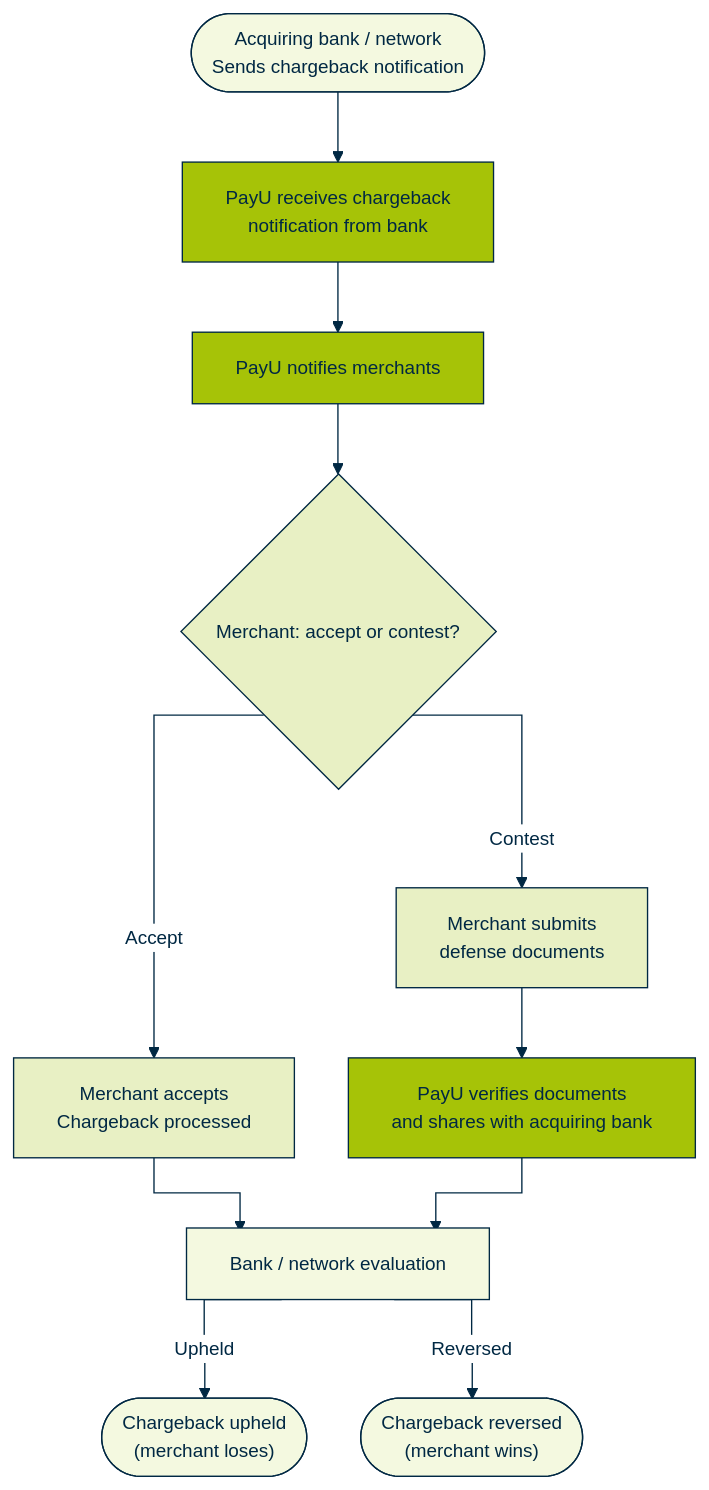
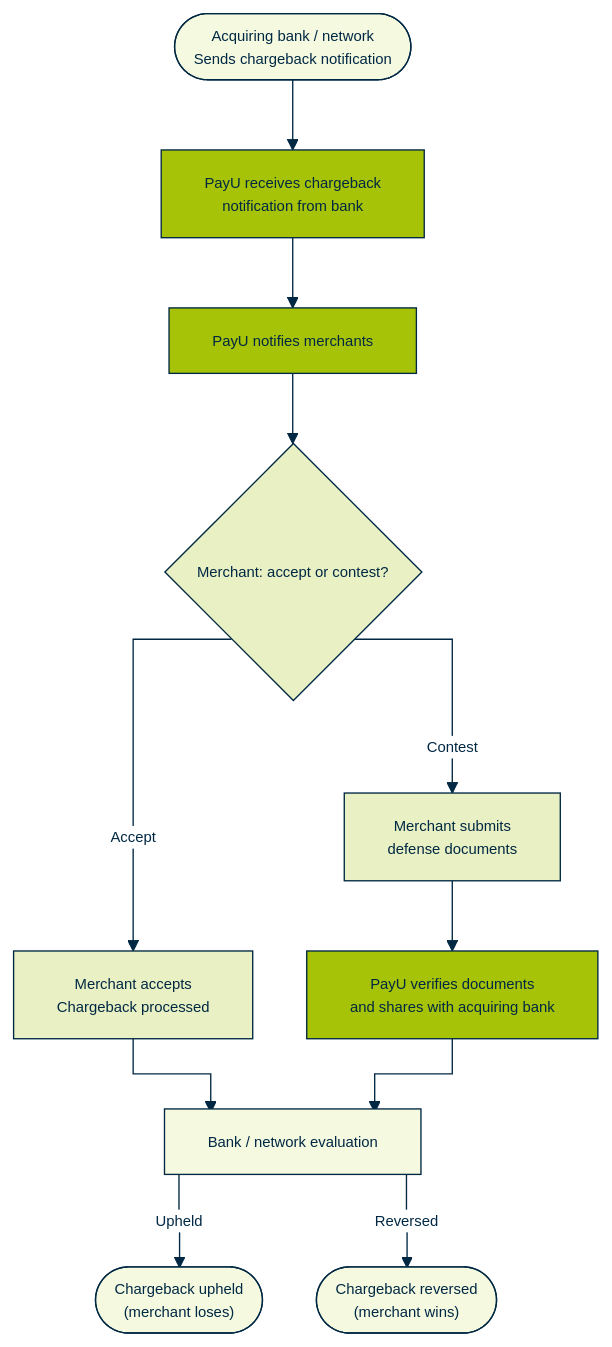
The diagram in docs/Offerings/chargeback/chargeback-process.md (payu-india/CMS-Chatbot), drawn with Mermaid before and after one commit.

Commit message:
Update doc `chargeback-process`

````diff
--- a/docs/Offerings/chargeback/chargeback-process.md
+++ b/docs/Offerings/chargeback/chargeback-process.md
@@ -10,59 +10,59 @@
 ```mermaid
 %%{init: {
   "theme": "base",
   "flowchart": {
     "curve": "stepAfter",
     "padding": 16,
     "nodeSpacing": 40,
     "rankSpacing": 52,
     "diagramPadding": 16,
     "htmlLabels": true,
     "useMaxWidth": false
   },
   "themeVariables": {
     "fontFamily": "Arial, Helvetica, sans-serif",
-    "fontSize": "14px",
+    "fontSize": "11px",
     "background": "#FFFFFF",
     "primaryColor": "#A6C307",
     "primaryTextColor": "#002843",
     "primaryBorderColor": "#002843",
     "secondaryColor": "#F4F9E0",
     "secondaryTextColor": "#002843",
     "secondaryBorderColor": "#A6C307",
     "tertiaryColor": "#002843",
     "tertiaryTextColor": "#FFFFFF",
     "lineColor": "#002843",
     "textColor": "#002843",
     "mainBkg": "#A6C307",
     "clusterBkg": "#FAFCF4",
     "clusterBorder": "#D8E8A8",
     "edgeLabelBackground": "#FFFFFF"
   }
 }}%%
 flowchart TB
-    classDef bank fill:#F4F9E0,stroke:#002843,stroke-width:1px,color:#002843,font-size:14px
-    classDef payu fill:#A6C307,stroke:#002843,stroke-width:1px,color:#002843,font-size:14px
-    classDef merch fill:#E8F0C4,stroke:#002843,stroke-width:1px,color:#002843,font-size:14px
+    classDef bank fill:#F4F9E0,stroke:#002843,stroke-width:1px,color:#002843,font-size:11px
+    classDef payu fill:#A6C307,stroke:#002843,stroke-width:1px,color:#002843,font-size:11px
+    classDef merch fill:#E8F0C4,stroke:#002843,stroke-width:1px,color:#002843,font-size:11px
 
     b_send(["Acquiring bank / network<br/>Sends chargeback notification"]):::bank
     p_recv["PayU receives chargeback<br/>notification from bank"]:::payu
     p_notify["PayU notifies merchants"]:::payu
     m_decide{"Merchant: accept or contest?"}:::merch
     m_accept["Merchant accepts<br/>Chargeback processed"]:::merch
     m_docs["Merchant submits<br/>defense documents"]:::merch
     p_verify["PayU verifies documents<br/>and shares with acquiring bank"]:::payu
     b_eval["Bank / network evaluation"]:::bank
     b_upheld(["Chargeback upheld<br/>(merchant loses)"]):::bank
     b_rev(["Chargeback reversed<br/>(merchant wins)"]):::bank
 
     b_send --> p_recv
     p_recv --> p_notify
     p_notify --> m_decide
     m_decide -->|Accept| m_accept
     m_decide -->|Contest| m_docs
     m_accept --> b_eval
     m_docs --> p_verify
     p_verify --> b_eval
     b_eval -->|Upheld| b_upheld
     b_eval -->|Reversed| b_rev
 ```
````
